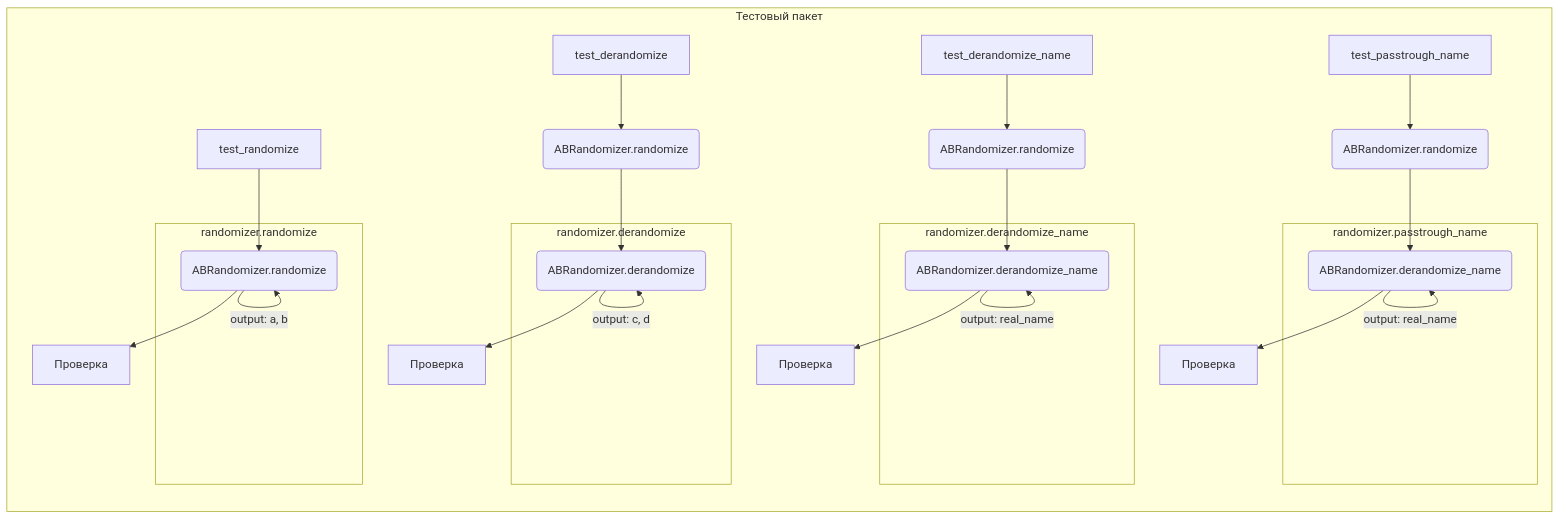
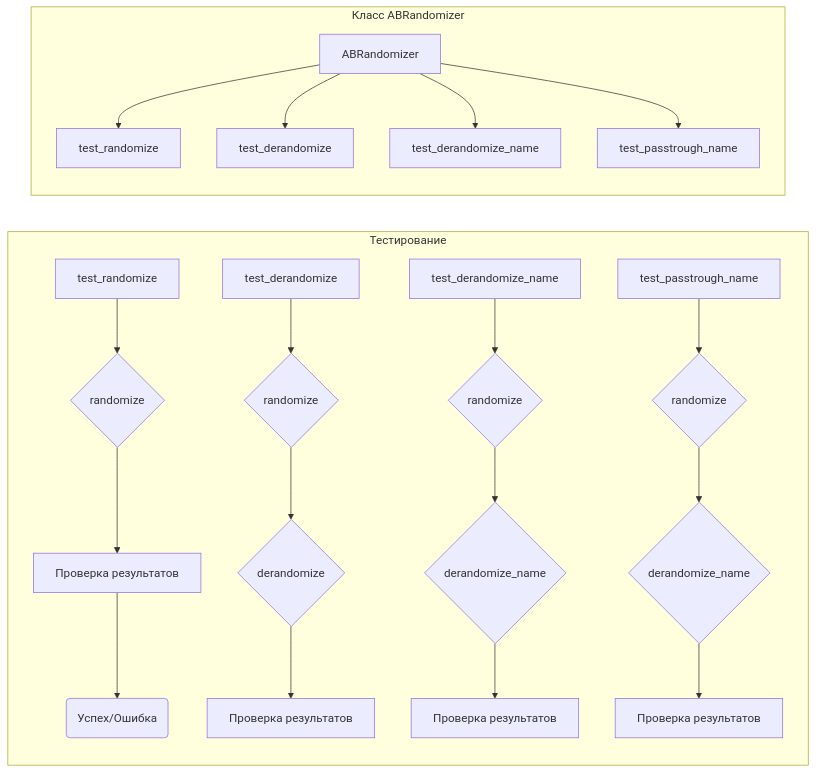
The diagram in docs/gemini/ru/explainer/src/ai/tiny_troupe/TinyTroupe/tests/unit/test_experimentation.md (hypo69/hypo), drawn with Mermaid before and after one commit. The commit also changed other lines of this file and 632 other files, not shown here.

````diff
--- a/docs/gemini/ru/explainer/src/ai/tiny_troupe/TinyTroupe/tests/unit/test_experimentation.md
+++ b/docs/gemini/ru/explainer/src/ai/tiny_troupe/TinyTroupe/tests/unit/test_experimentation.md
@@ -101,43 +81,30 @@
 ```mermaid
 graph LR
-    subgraph "Тестовый пакет"
-        A[test_randomize] --> B(ABRandomizer.randomize);
-        B --> C[Проверка];
-        subgraph "randomizer.randomize"
-            B -- input: i, option1, option2 --> B;
-            B -- output: a, b --> B;
-            
-        end
+    subgraph Тестирование
+        A[test_randomize] --> B{randomize};
+        B --> C[Проверка результатов];
+        C --> D(Успех/Ошибка);
         
-        D[test_derandomize] --> E(ABRandomizer.randomize);
-        E --> F(ABRandomizer.derandomize);
-        F --> G[Проверка];
+        E[test_derandomize] --> F{randomize};
+        F --> G{derandomize};
+        G --> H[Проверка результатов];
         
-        subgraph "randomizer.derandomize"
-            F -- input: i, a, b --> F;
-            F -- output: c, d --> F;
-            
-        end
+        I[test_derandomize_name] --> J{randomize};
+        J --> K{derandomize_name};
+        K --> L[Проверка результатов];
+        
+        M[test_passtrough_name] --> N{randomize};
+        N --> O{derandomize_name};
+        O --> P[Проверка результатов];
+        
+        
+    end
     
-        I[test_derandomize_name] --> J(ABRandomizer.randomize);
-        J --> K(ABRandomizer.derandomize_name);
-        K --> L[Проверка];
-        
-        subgraph "randomizer.derandomize_name"
-            K -- input: i, a --> K;
-            K -- output: real_name --> K;
-            
-        end
+    subgraph Класс ABRandomizer
+    ABRandomizer --> test_randomize;
+    ABRandomizer --> test_derandomize;
+    ABRandomizer --> test_derandomize_name;
+    ABRandomizer --> test_passtrough_name;
     
-        M[test_passtrough_name] --> N(ABRandomizer.randomize);
-        N --> O(ABRandomizer.derandomize_name);
-        O --> P[Проверка];
-        
-        subgraph "randomizer.passtrough_name"
-            O -- input: i, a --> O;
-            O -- output: real_name --> O;
-            
-        end
-
     end
 ```
````
